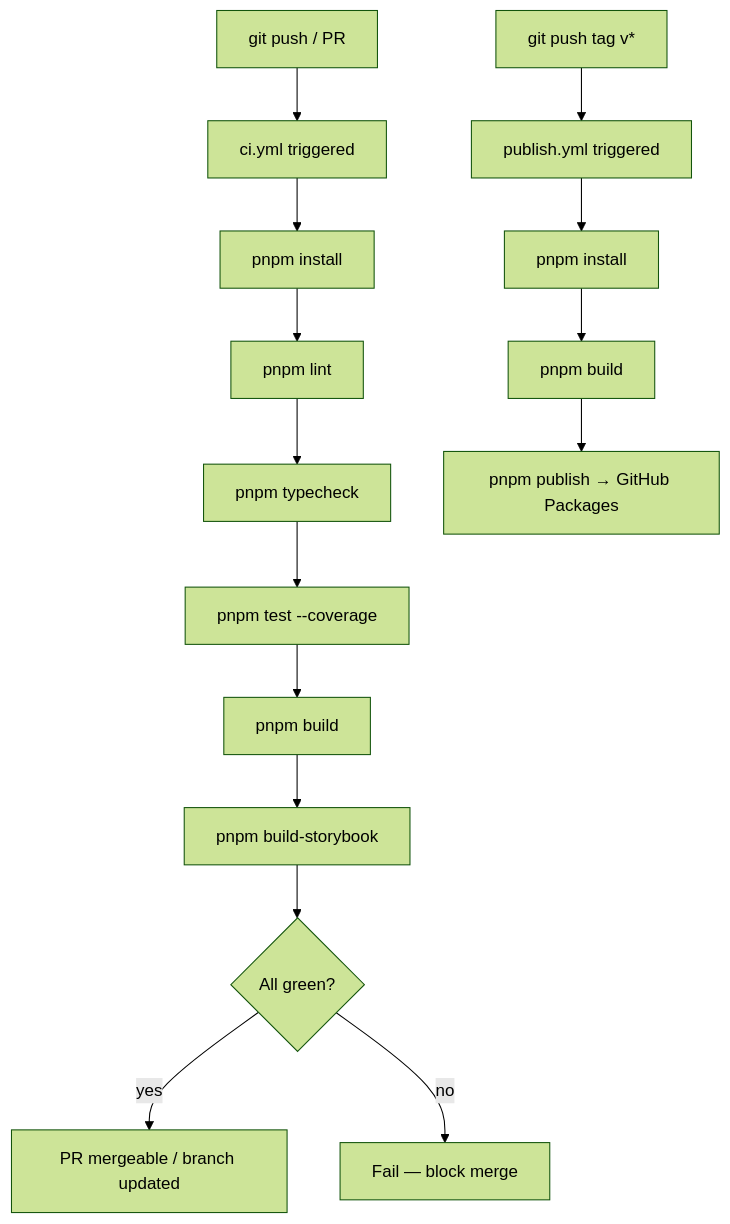
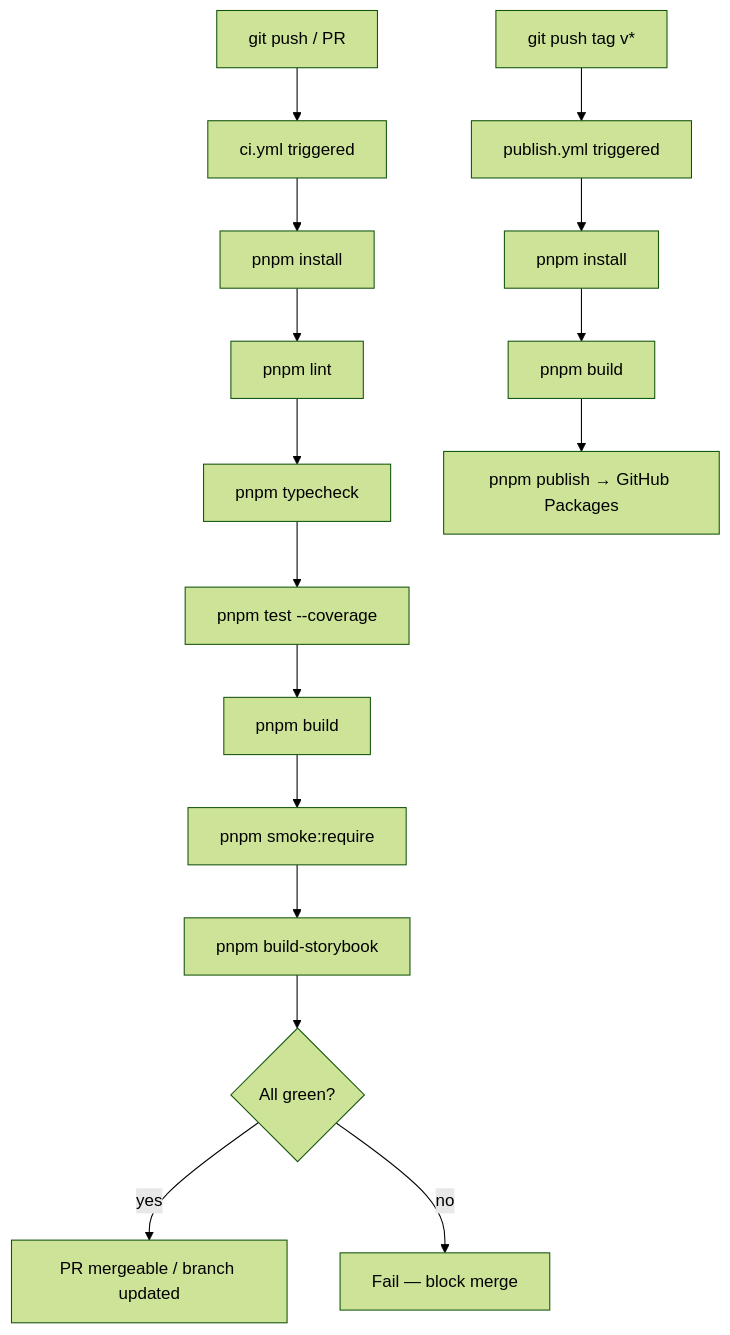
Before and after one commit to nubiabarba-3pg/annexus-design-system: the diagram in docs/plans/stories/epic-3-story-3.6-cicd.md, drawn with Mermaid (forest theme). The commit also changed other lines of this file and 15 other files, not shown here.

````diff
--- a/docs/plans/stories/epic-3-story-3.6-cicd.md
+++ b/docs/plans/stories/epic-3-story-3.6-cicd.md
@@ -39,18 +39,19 @@
 ```mermaid
 flowchart TD
   A[git push / PR] --> B[ci.yml triggered]
   B --> C[pnpm install]
   C --> D[pnpm lint]
   D --> E[pnpm typecheck]
   E --> F[pnpm test --coverage]
   F --> G[pnpm build]
-  G --> H[pnpm build-storybook]
+  G --> G2[pnpm smoke:require]
+  G2 --> H[pnpm build-storybook]
   H --> I{All green?}
   I -- yes --> J[PR mergeable / branch updated]
   I -- no --> K[Fail — block merge]
 
   L[git push tag v*] --> M[publish.yml triggered]
   M --> N[pnpm install]
   N --> O[pnpm build]
   O --> P[pnpm publish → GitHub Packages]
 ```
````
